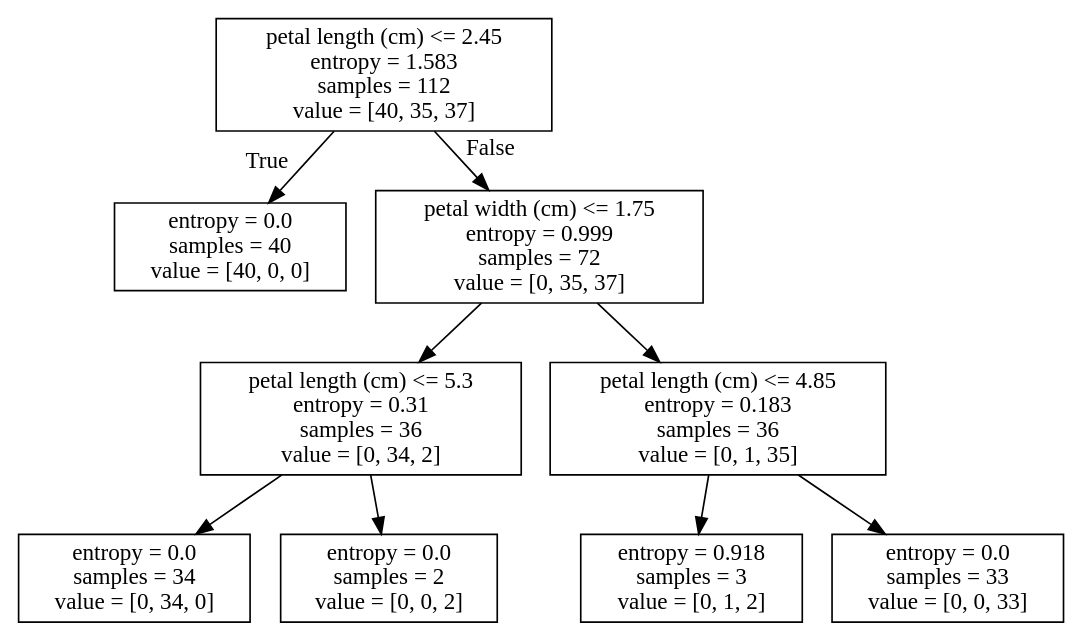
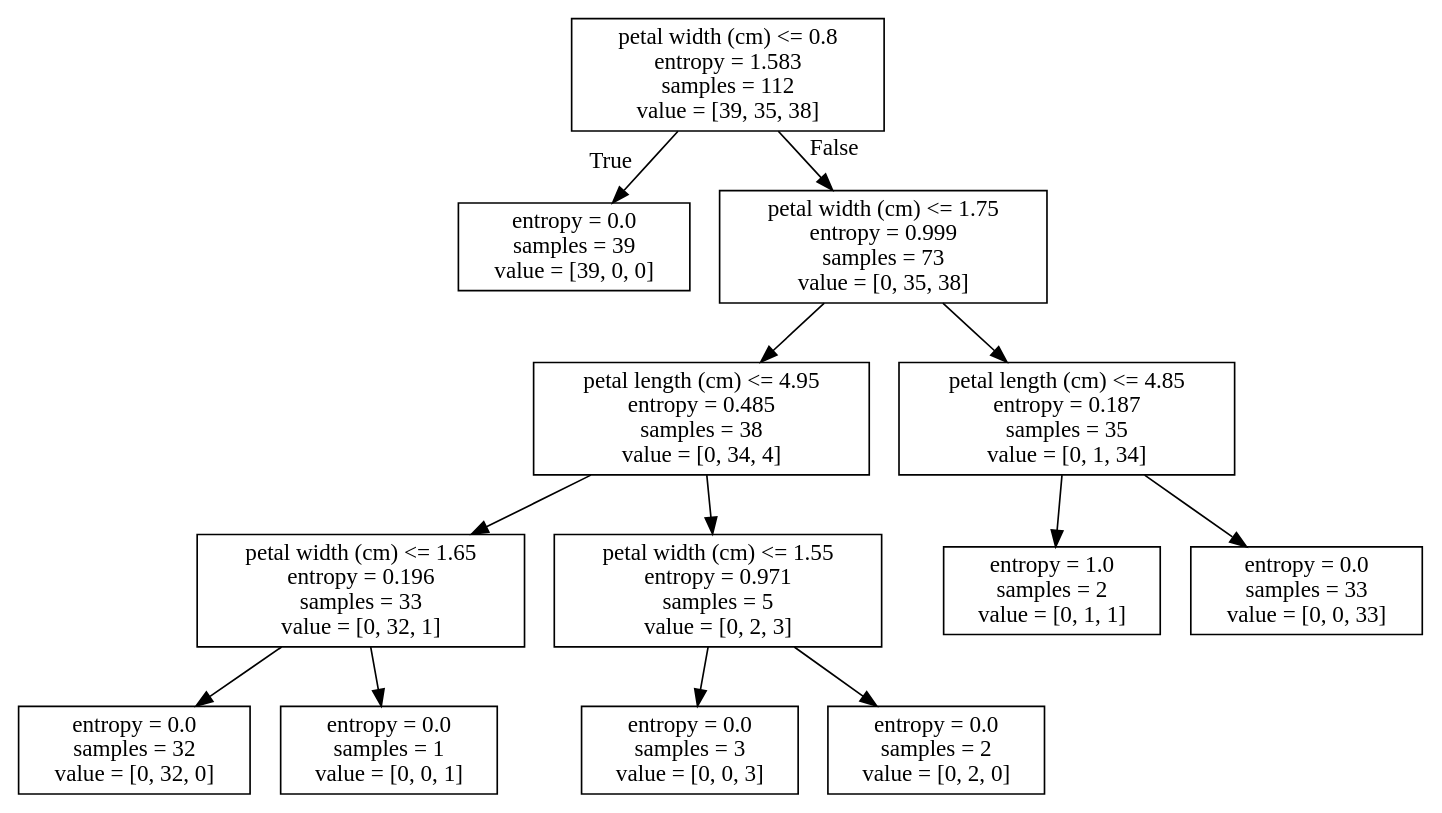
Before and after one commit to gomljo/DecisionTreeForPaper: the diagram in result/scikit-learn dot/iris result-second.dot, drawn with Graphviz. The commit also changed 40 other files, not shown here.

```diff
--- a/result/scikit-learn dot/iris result-second.dot
+++ b/result/scikit-learn dot/iris result-second.dot
@@ -1,20 +1,28 @@
 digraph Tree {
 node [shape=box] ;
-0 [label="petal length (cm) <= 2.45\nentropy = 1.583\nsamples = 112\nvalue = [40, 35, 37]"] ;
-1 [label="entropy = 0.0\nsamples = 40\nvalue = [40, 0, 0]"] ;
+0 [label="petal width (cm) <= 0.8\nentropy = 1.583\nsamples = 112\nvalue = [39, 35, 38]"] ;
+1 [label="entropy = 0.0\nsamples = 39\nvalue = [39, 0, 0]"] ;
 0 -> 1 [labeldistance=2.5, labelangle=45, headlabel="True"] ;
-2 [label="petal width (cm) <= 1.75\nentropy = 0.999\nsamples = 72\nvalue = [0, 35, 37]"] ;
+2 [label="petal width (cm) <= 1.75\nentropy = 0.999\nsamples = 73\nvalue = [0, 35, 38]"] ;
 0 -> 2 [labeldistance=2.5, labelangle=-45, headlabel="False"] ;
-3 [label="petal length (cm) <= 5.3\nentropy = 0.31\nsamples = 36\nvalue = [0, 34, 2]"] ;
+3 [label="petal length (cm) <= 4.95\nentropy = 0.485\nsamples = 38\nvalue = [0, 34, 4]"] ;
 2 -> 3 ;
-4 [label="entropy = 0.0\nsamples = 34\nvalue = [0, 34, 0]"] ;
+4 [label="petal width (cm) <= 1.65\nentropy = 0.196\nsamples = 33\nvalue = [0, 32, 1]"] ;
 3 -> 4 ;
-5 [label="entropy = 0.0\nsamples = 2\nvalue = [0, 0, 2]"] ;
-3 -> 5 ;
-6 [label="petal length (cm) <= 4.85\nentropy = 0.183\nsamples = 36\nvalue = [0, 1, 35]"] ;
-2 -> 6 ;
-7 [label="entropy = 0.918\nsamples = 3\nvalue = [0, 1, 2]"] ;
-6 -> 7 ;
-8 [label="entropy = 0.0\nsamples = 33\nvalue = [0, 0, 33]"] ;
-6 -> 8 ;
+5 [label="entropy = 0.0\nsamples = 32\nvalue = [0, 32, 0]"] ;
+4 -> 5 ;
+6 [label="entropy = 0.0\nsamples = 1\nvalue = [0, 0, 1]"] ;
+4 -> 6 ;
+7 [label="petal width (cm) <= 1.55\nentropy = 0.971\nsamples = 5\nvalue = [0, 2, 3]"] ;
+3 -> 7 ;
+8 [label="entropy = 0.0\nsamples = 3\nvalue = [0, 0, 3]"] ;
+7 -> 8 ;
+9 [label="entropy = 0.0\nsamples = 2\nvalue = [0, 2, 0]"] ;
+7 -> 9 ;
+10 [label="petal length (cm) <= 4.85\nentropy = 0.187\nsamples = 35\nvalue = [0, 1, 34]"] ;
+2 -> 10 ;
+11 [label="entropy = 1.0\nsamples = 2\nvalue = [0, 1, 1]"] ;
+10 -> 11 ;
+12 [label="entropy = 0.0\nsamples = 33\nvalue = [0, 0, 33]"] ;
+10 -> 12 ;
 }
```
